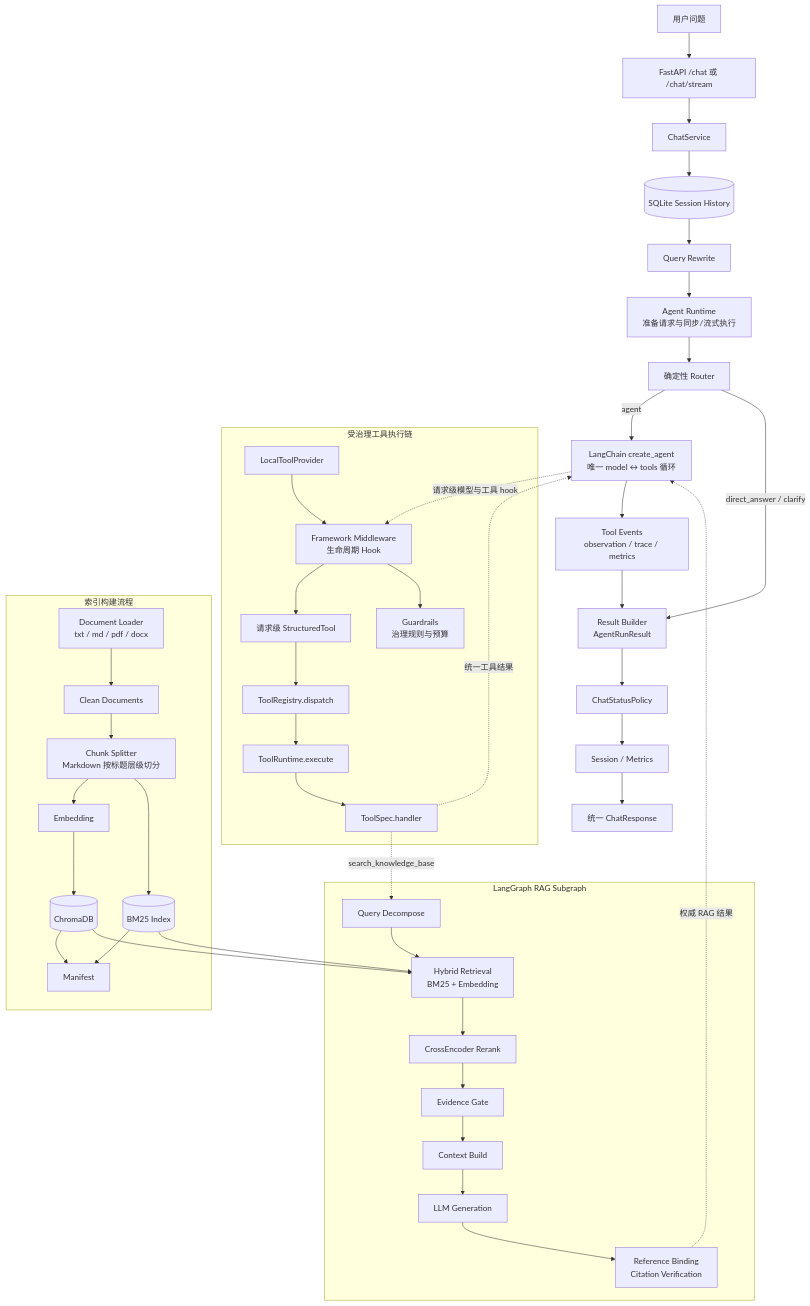
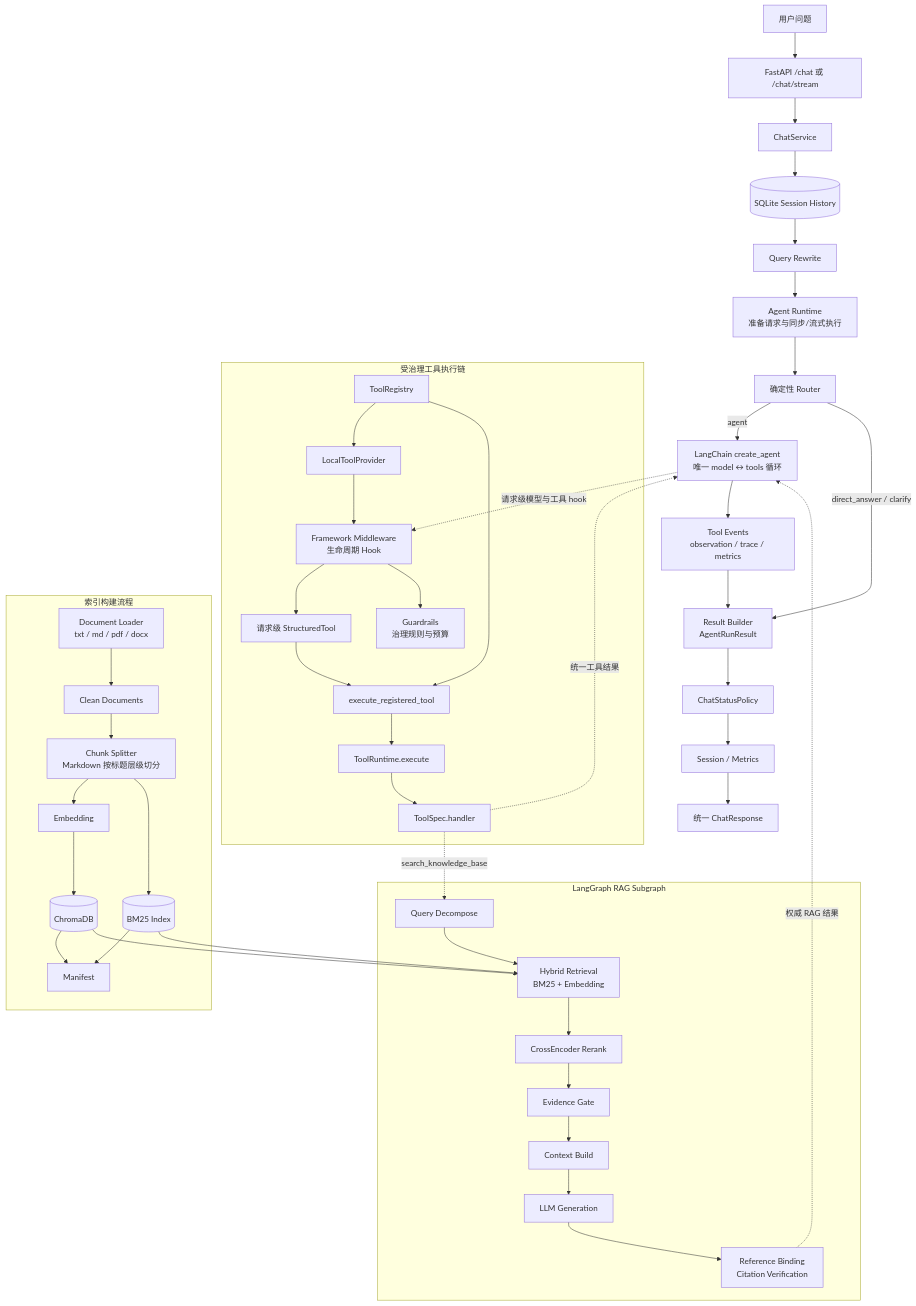
One commit to LiBoEN123/rag-agent-qa-system changed the diagram in README.md. Above: the diagram before and after it, drawn with Mermaid. The commit also changed other lines of this file and 28 other files, not shown here.

````diff
--- a/README.md
+++ b/README.md
@@ -34,79 +34,82 @@
 ```mermaid
 flowchart TD
     User[用户问题] --> API[FastAPI /chat 或 /chat/stream]
     API --> Service[ChatService]
     Service --> History[(SQLite Session History)]
     History --> Rewrite[Query Rewrite]
 
     Rewrite --> AgentRuntime[Agent Runtime<br/>准备请求与同步/流式执行]
     AgentRuntime --> Router[确定性 Router]
     Router -->|agent| FrameworkAgent[LangChain create_agent<br/>唯一 model ↔ tools 循环]
     Router -->|direct_answer / clarify| Results[Result Builder<br/>AgentRunResult]
 
     subgraph ToolRuntime[受治理工具执行链]
         Provider[LocalToolProvider]
-        Registry[ToolRegistry.dispatch]
+        Registry[ToolRegistry]
         StructuredTool[请求级 StructuredTool]
+        Execution[execute_registered_tool]
         Runtime[ToolRuntime.execute]
         Handler[ToolSpec.handler]
 
         Middleware[Framework Middleware<br/>生命周期 Hook]
         Guardrails[Guardrails<br/>治理规则与预算]
 
+        Registry --> Provider
         Provider --> Middleware
         Middleware --> StructuredTool
-        StructuredTool --> Registry
-        Registry --> Runtime
+        StructuredTool --> Execution
+        Registry --> Execution
+        Execution --> Runtime
         Runtime --> Handler
         Middleware --> Guardrails
     end
 
     FrameworkAgent -. 请求级模型与工具 hook .-> Middleware
     Handler -. 统一工具结果 .-> FrameworkAgent
     FrameworkAgent --> Events[Tool Events<br/>observation / trace / metrics]
     Events --> Results
 
     subgraph RAGGraph[LangGraph RAG Subgraph]
         Decompose[Query Decompose]
         Retrieval[Hybrid Retrieval<br/>BM25 + Embedding]
         Rerank[CrossEncoder Rerank]
         Evidence[Evidence Gate]
         Context[Context Build]
         Generation[LLM Generation]
         Citations[Reference Binding<br/>Citation Verification]
 
         Decompose --> Retrieval
         Retrieval --> Rerank
         Rerank --> Evidence
         Evidence --> Context
         Context --> Generation
         Generation --> Citations
     end
 
     Handler -. search_knowledge_base .-> Decompose
     Citations -. 权威 RAG 结果 .-> FrameworkAgent
 
     subgraph Indexing[索引构建流程]
         Loader[Document Loader<br/>txt / md / pdf / docx]
         Clean[Clean Documents]
         Splitter[Chunk Splitter<br/>Markdown 按标题层级切分]
         Embedding[Embedding]
         Chroma[(ChromaDB)]
         BM25[(BM25 Index)]
         Manifest[Manifest]
 
         Loader --> Clean
         Clean --> Splitter
         Splitter --> Embedding
         Embedding --> Chroma
         Splitter --> BM25
         Chroma --> Manifest
         BM25 --> Manifest
     end
 
     Chroma --> Retrieval
     BM25 --> Retrieval
     Results --> Policy[ChatStatusPolicy]
     Policy --> Store[Session / Metrics]
     Store --> Response[统一 ChatResponse]
 ```
````
